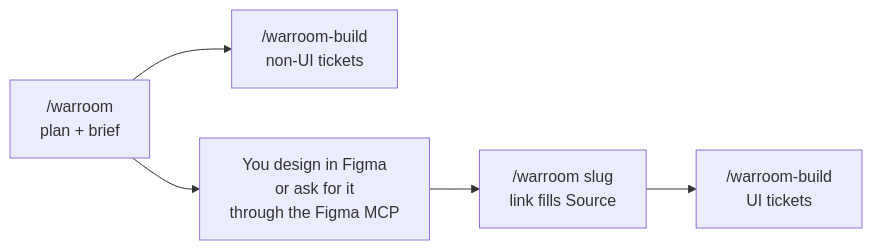
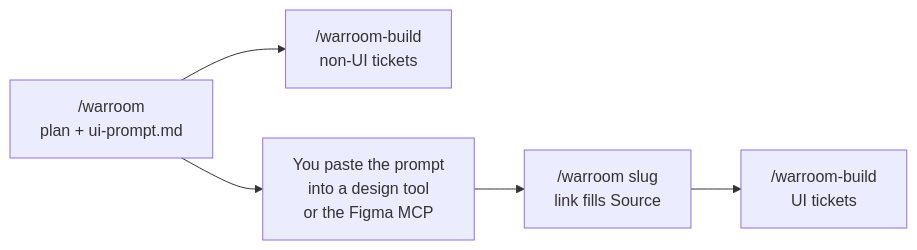
The third of 7 diagrams in docs/flow.md (mousemouse094526/kiki-kit), drawn with Mermaid before and after one commit. The commit also changed other lines of this file and 11 other files, not shown here.

First line of the commit message:
feat(warroom): design prompts for screens not designed yet

````diff
--- a/docs/flow.md
+++ b/docs/flow.md
@@ -86,11 +90,11 @@
 ```mermaid
 flowchart LR
-    P["/warroom<br/>plan + brief"]
+    P["/warroom<br/>plan + ui-prompt.md"]
     API["/warroom-build<br/>non-UI tickets"]
-    D["You design in Figma<br/>or ask for it<br/>through the Figma MCP"]
+    D["You paste the prompt<br/>into a design tool<br/>or the Figma MCP"]
     L["/warroom slug<br/>link fills Source"]
     UI["/warroom-build<br/>UI tickets"]
 
     P --> API
     P --> D --> L --> UI
 ```
````
